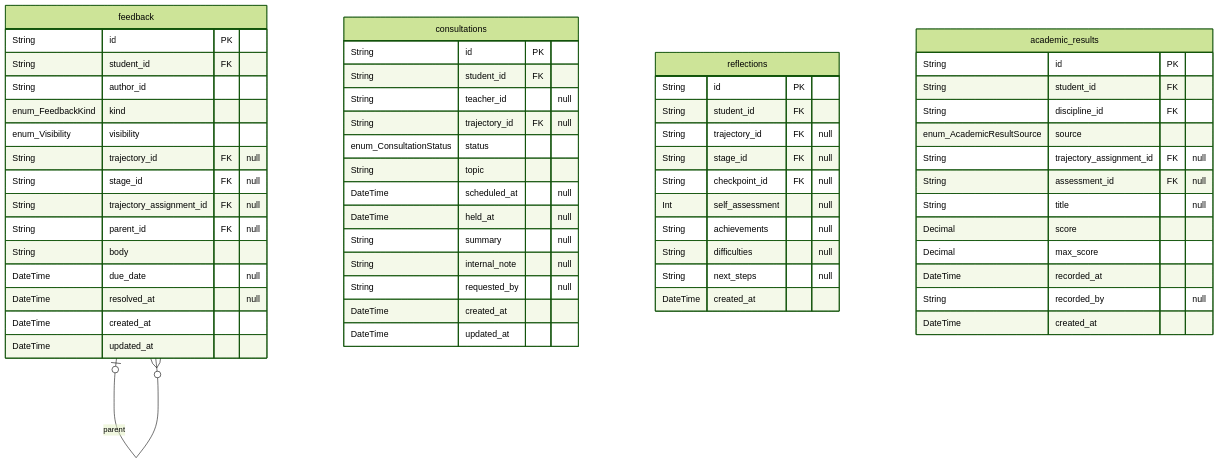
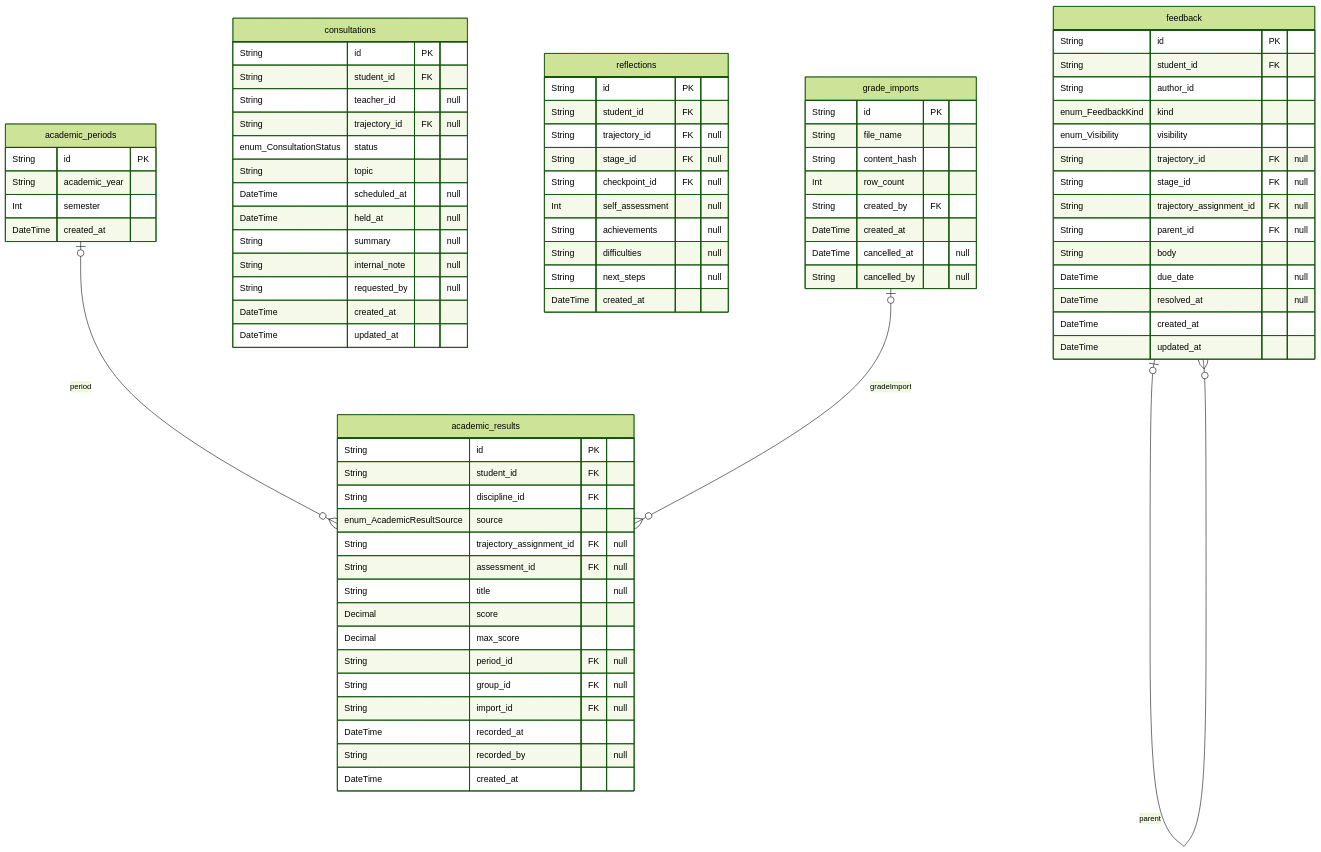
The ninth of 11 diagrams in docs/architecture/er-diagram.md (Homka-1/kpvk-iot), drawn with Mermaid (forest theme) before and after one commit. The commit also changed other lines of this file and 31 other files, not shown here.

````diff
--- a/docs/architecture/er-diagram.md
+++ b/docs/architecture/er-diagram.md
@@ -849,61 +855,82 @@
 ```mermaid
 erDiagram
   feedback {
     String id PK
     String student_id FK
     String author_id
     enum_FeedbackKind kind
     enum_Visibility visibility
     String trajectory_id FK "null"
     String stage_id FK "null"
     String trajectory_assignment_id FK "null"
     String parent_id FK "null"
     String body
     DateTime due_date "null"
     DateTime resolved_at "null"
     DateTime created_at
     DateTime updated_at
   }
   consultations {
     String id PK
     String student_id FK
     String teacher_id "null"
     String trajectory_id FK "null"
     enum_ConsultationStatus status
     String topic
     DateTime scheduled_at "null"
     DateTime held_at "null"
     String summary "null"
     String internal_note "null"
     String requested_by "null"
     DateTime created_at
     DateTime updated_at
   }
   reflections {
     String id PK
     String student_id FK
     String trajectory_id FK "null"
     String stage_id FK "null"
     String checkpoint_id FK "null"
     Int self_assessment "null"
     String achievements "null"
     String difficulties "null"
     String next_steps "null"
     DateTime created_at
   }
   academic_results {
     String id PK
     String student_id FK
     String discipline_id FK
     enum_AcademicResultSource source
     String trajectory_assignment_id FK "null"
     String assessment_id FK "null"
     String title "null"
     Decimal score
     Decimal max_score
+    String period_id FK "null"
+    String group_id FK "null"
+    String import_id FK "null"
     DateTime recorded_at
     String recorded_by "null"
     DateTime created_at
   }
+  academic_periods {
+    String id PK
+    String academic_year
+    Int semester
+    DateTime created_at
+  }
+  grade_imports {
+    String id PK
+    String file_name
+    String content_hash
+    Int row_count
+    String created_by FK
+    DateTime created_at
+    DateTime cancelled_at "null"
+    String cancelled_by "null"
+  }
   feedback |o--o{ feedback : parent
+  academic_periods |o--o{ academic_results : period
+  grade_imports |o--o{ academic_results : gradeImport
 ```
````
